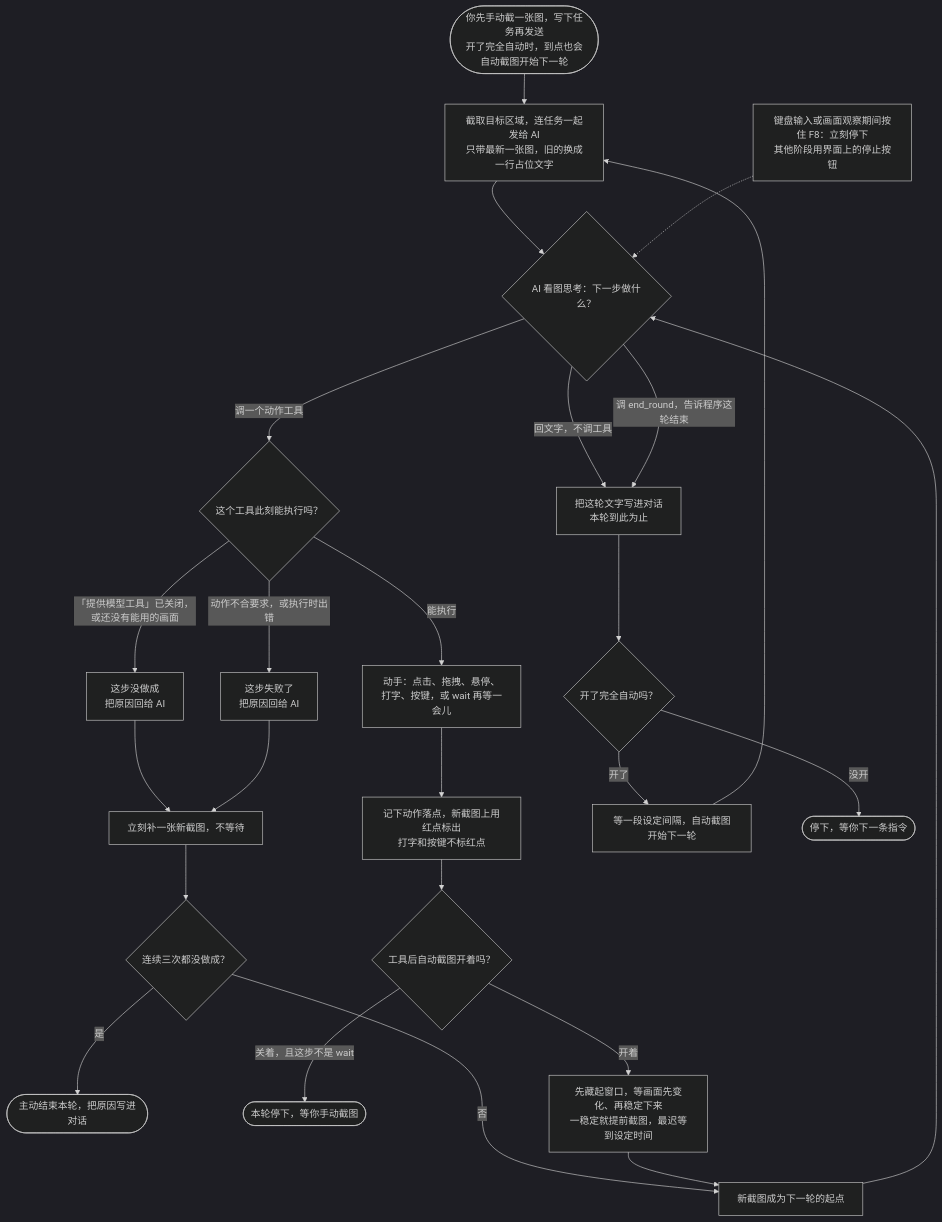
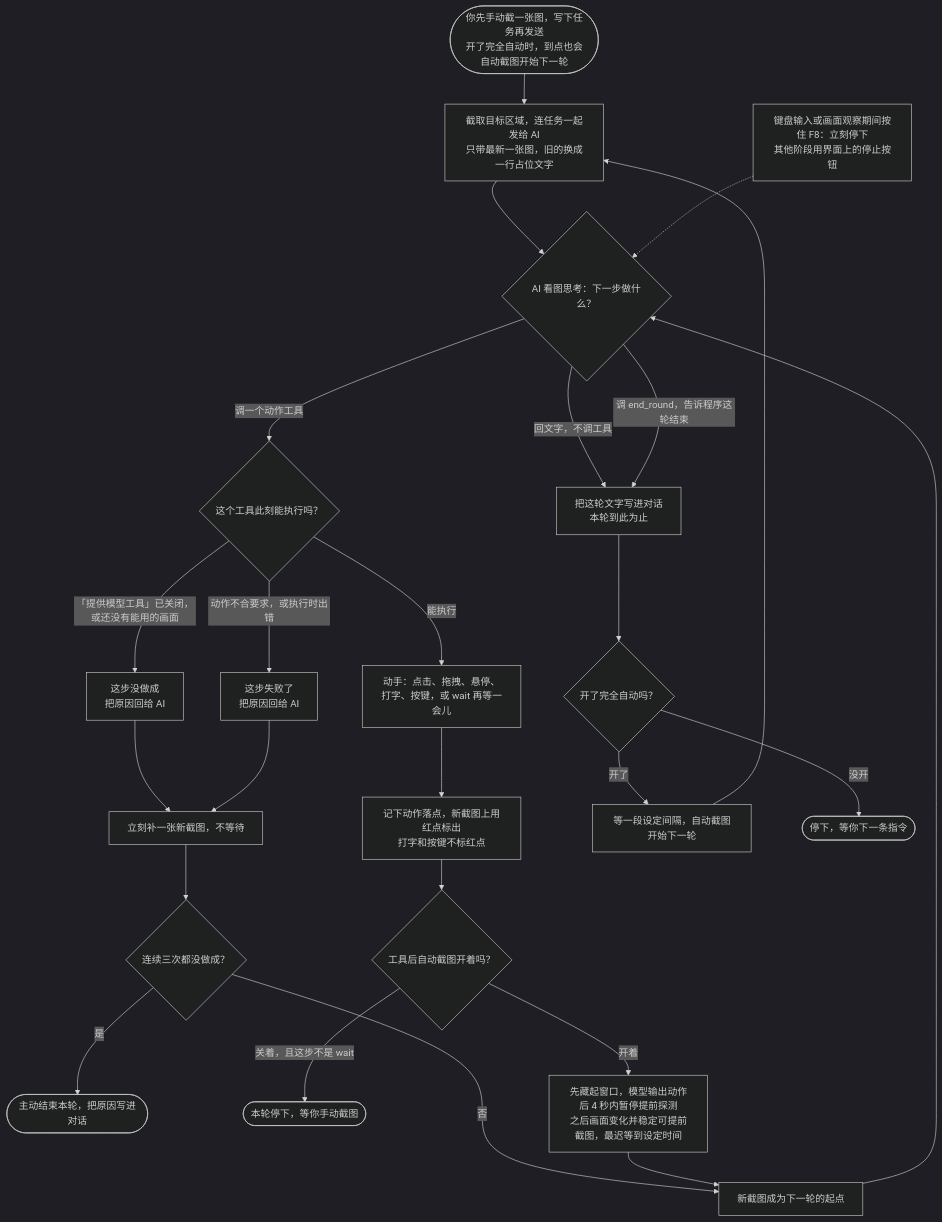
One commit to s11IM/VLM_Screenshot_Action changed the diagram in README.md. Above: the diagram before and after it, drawn with Mermaid (dark theme). The commit also changed other lines of this file and 9 other files, not shown here.

````diff
--- a/README.md
+++ b/README.md
@@ -62,26 +62,26 @@
 ```mermaid
 flowchart TD
     A([你先手动截一张图，写下任务再发送<br/>开了完全自动时，到点也会自动截图开始下一轮]) --> B[截取目标区域，连任务一起发给 AI<br/>只带最新一张图，旧的换成一行占位文字]
     B --> C{AI 看图思考：下一步做什么？}
     C -- 回文字，不调工具 --> R[把这轮文字写进对话<br/>本轮到此为止]
     C -- 调 end_round，告诉程序这轮结束 --> R
     C -- 调一个动作工具 --> D{这个工具此刻能执行吗？}
     D -- 「提供模型工具」已关闭，或还没有能用的画面 --> D2[这步没做成<br/>把原因回给 AI]
     D -- 动作不合要求，或执行时出错 --> D3[这步失败了<br/>把原因回给 AI]
     D2 --> I2[立刻补一张新截图，不等待]
     D3 --> I2
     I2 --> I3{连续三次都没做成？}
     I3 -- 是 --> I4([主动结束本轮，把原因写进对话])
     I3 -- 否 --> J
     D -- 能执行 --> E[动手：点击、拖拽、悬停、打字、按键，或 wait 再等一会儿]
     E --> E2[记下动作落点，新截图上用红点标出<br/>打字和按键不标红点]
     E2 --> H{工具后自动截图开着吗？}
     H -- 关着，且这步不是 wait --> H2([本轮停下，等你手动截图])
-    H -- 开着 --> I[先藏起窗口，等画面先变化、再稳定下来<br/>一稳定就提前截图，最迟等到设定时间]
+    H -- 开着 --> I[先藏起窗口，模型输出动作后 4 秒内暂停提前探测<br/>之后画面变化并稳定可提前截图，最迟等到设定时间]
     I --> J[新截图成为下一轮的起点]
     J --> C
     R --> K{开了完全自动吗？}
     K -- 开了 --> L[等一段设定间隔，自动截图开始下一轮] --> B
     K -- 没开 --> M([停下，等你下一条指令])
     N[键盘输入或画面观察期间按住 F8：立刻停下<br/>其他阶段用界面上的停止按钮] -.-> C
 ```
````
